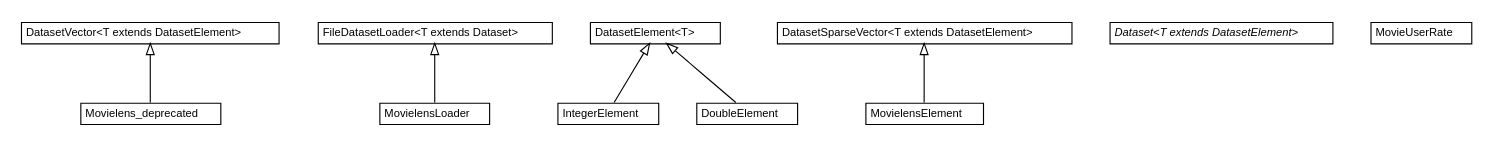
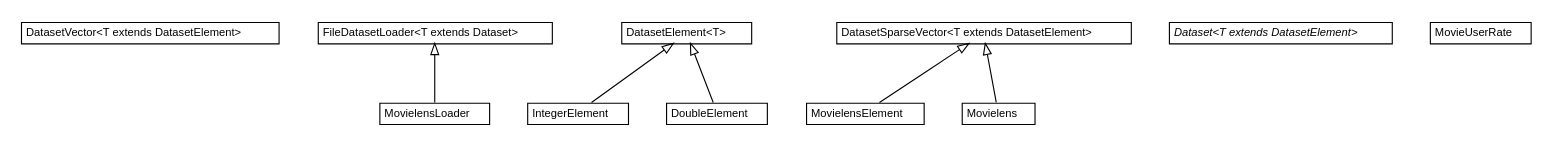
One commit to UnicaLabs-CS/Foresee changed the diagram in docs/it/unica/foresee/datasets/it.unica.foresee.datasets.dot. Above: the diagram before and after it, drawn with Graphviz. The commit also changed 110 other files, not shown here.

Commit message:
Completed movielens support making it a sparse matrix

```diff
--- a/docs/it/unica/foresee/datasets/it.unica.foresee.datasets.dot
+++ b/docs/it/unica/foresee/datasets/it.unica.foresee.datasets.dot
@@ -1,88 +1,88 @@
 #!/usr/local/bin/dot
 #
 # Class diagram 
 # Generated by UMLGraph version 5.2 (http://www.umlgraph.org/)
 #
 
 digraph G {
 	edge [fontname="Helvetica",fontsize=10,labelfontname="Helvetica",labelfontsize=10];
 	node [fontname="Helvetica",fontsize=10,shape=plaintext];
 	nodesep=0.25;
 	ranksep=0.5;
 	// it.unica.foresee.datasets.DatasetVector<T extends it.unica.foresee.datasets.interfaces.DatasetElement>
 	c87 [label=<<table title="it.unica.foresee.datasets.DatasetVector" border="0" cellborder="1" cellspacing="0" cellpadding="2" port="p" href="./DatasetVector.html">
 		<tr><td><table border="0" cellspacing="0" cellpadding="1">
 <tr><td align="center" balign="center"> DatasetVector&lt;T extends DatasetElement&gt; </td></tr>
 		</table></td></tr>
 		</table>>, fontname="Helvetica", fontcolor="black", fontsize=10.0];
 	// it.unica.foresee.datasets.MovielensLoader
 	c88 [label=<<table title="it.unica.foresee.datasets.MovielensLoader" border="0" cellborder="1" cellspacing="0" cellpadding="2" port="p" href="./MovielensLoader.html">
 		<tr><td><table border="0" cellspacing="0" cellpadding="1">
 <tr><td align="center" balign="center"> MovielensLoader </td></tr>
 		</table></td></tr>
 		</table>>, fontname="Helvetica", fontcolor="black", fontsize=10.0];
 	// it.unica.foresee.datasets.DatasetElement<T>
 	c89 [label=<<table title="it.unica.foresee.datasets.DatasetElement" border="0" cellborder="1" cellspacing="0" cellpadding="2" port="p" href="./DatasetElement.html">
 		<tr><td><table border="0" cellspacing="0" cellpadding="1">
 <tr><td align="center" balign="center"> DatasetElement&lt;T&gt; </td></tr>
 		</table></td></tr>
 		</table>>, fontname="Helvetica", fontcolor="black", fontsize=10.0];
 	// it.unica.foresee.datasets.FileDatasetLoader<T extends it.unica.foresee.datasets.interfaces.Dataset>
 	c90 [label=<<table title="it.unica.foresee.datasets.FileDatasetLoader" border="0" cellborder="1" cellspacing="0" cellpadding="2" port="p" href="./FileDatasetLoader.html">
 		<tr><td><table border="0" cellspacing="0" cellpadding="1">
 <tr><td align="center" balign="center"> FileDatasetLoader&lt;T extends Dataset&gt; </td></tr>
 		</table></td></tr>
 		</table>>, fontname="Helvetica", fontcolor="black", fontsize=10.0];
-	// it.unica.foresee.datasets.Movielens_deprecated
-	c91 [label=<<table title="it.unica.foresee.datasets.Movielens_deprecated" border="0" cellborder="1" cellspacing="0" cellpadding="2" port="p" href="./Movielens_deprecated.html">
-		<tr><td><table border="0" cellspacing="0" cellpadding="1">
-<tr><td align="center" balign="center"> Movielens_deprecated </td></tr>
-		</table></td></tr>
-		</table>>, fontname="Helvetica", fontcolor="black", fontsize=10.0];
-	// it.unica.foresee.datasets.DatasetSparseVector<T extends it.unica.foresee.datasets.DatasetElement>
-	c92 [label=<<table title="it.unica.foresee.datasets.DatasetSparseVector" border="0" cellborder="1" cellspacing="0" cellpadding="2" port="p" href="./DatasetSparseVector.html">
+	// it.unica.foresee.datasets.DatasetSparseVector<T extends it.unica.foresee.datasets.interfaces.DatasetElement>
+	c91 [label=<<table title="it.unica.foresee.datasets.DatasetSparseVector" border="0" cellborder="1" cellspacing="0" cellpadding="2" port="p" href="./DatasetSparseVector.html">
 		<tr><td><table border="0" cellspacing="0" cellpadding="1">
 <tr><td align="center" balign="center"> DatasetSparseVector&lt;T extends DatasetElement&gt; </td></tr>
 		</table></td></tr>
 		</table>>, fontname="Helvetica", fontcolor="black", fontsize=10.0];
 	// it.unica.foresee.datasets.Dataset<T extends it.unica.foresee.datasets.interfaces.DatasetElement>
-	c93 [label=<<table title="it.unica.foresee.datasets.Dataset" border="0" cellborder="1" cellspacing="0" cellpadding="2" port="p" href="./Dataset.html">
+	c92 [label=<<table title="it.unica.foresee.datasets.Dataset" border="0" cellborder="1" cellspacing="0" cellpadding="2" port="p" href="./Dataset.html">
 		<tr><td><table border="0" cellspacing="0" cellpadding="1">
 <tr><td align="center" balign="center"><font face="Helvetica-Oblique"> Dataset&lt;T extends DatasetElement&gt; </font></td></tr>
 		</table></td></tr>
 		</table>>, fontname="Helvetica", fontcolor="black", fontsize=10.0];
 	// it.unica.foresee.datasets.MovielensElement
-	c94 [label=<<table title="it.unica.foresee.datasets.MovielensElement" border="0" cellborder="1" cellspacing="0" cellpadding="2" port="p" href="./MovielensElement.html">
+	c93 [label=<<table title="it.unica.foresee.datasets.MovielensElement" border="0" cellborder="1" cellspacing="0" cellpadding="2" port="p" href="./MovielensElement.html">
 		<tr><td><table border="0" cellspacing="0" cellpadding="1">
 <tr><td align="center" balign="center"> MovielensElement </td></tr>
 		</table></td></tr>
 		</table>>, fontname="Helvetica", fontcolor="black", fontsize=10.0];
 	// it.unica.foresee.datasets.MovieUserRate
-	c95 [label=<<table title="it.unica.foresee.datasets.MovieUserRate" border="0" cellborder="1" cellspacing="0" cellpadding="2" port="p" href="./MovieUserRate.html">
+	c94 [label=<<table title="it.unica.foresee.datasets.MovieUserRate" border="0" cellborder="1" cellspacing="0" cellpadding="2" port="p" href="./MovieUserRate.html">
 		<tr><td><table border="0" cellspacing="0" cellpadding="1">
 <tr><td align="center" balign="center"> MovieUserRate </td></tr>
+		</table></td></tr>
+		</table>>, fontname="Helvetica", fontcolor="black", fontsize=10.0];
+	// it.unica.foresee.datasets.Movielens
+	c95 [label=<<table title="it.unica.foresee.datasets.Movielens" border="0" cellborder="1" cellspacing="0" cellpadding="2" port="p" href="./Movielens.html">
+		<tr><td><table border="0" cellspacing="0" cellpadding="1">
+<tr><td align="center" balign="center"> Movielens </td></tr>
 		</table></td></tr>
 		</table>>, fontname="Helvetica", fontcolor="black", fontsize=10.0];
 	// it.unica.foresee.datasets.IntegerElement
 	c96 [label=<<table title="it.unica.foresee.datasets.IntegerElement" border="0" cellborder="1" cellspacing="0" cellpadding="2" port="p" href="./IntegerElement.html">
 		<tr><td><table border="0" cellspacing="0" cellpadding="1">
 <tr><td align="center" balign="center"> IntegerElement </td></tr>
 		</table></td></tr>
 		</table>>, fontname="Helvetica", fontcolor="black", fontsize=10.0];
 	// it.unica.foresee.datasets.DoubleElement
 	c97 [label=<<table title="it.unica.foresee.datasets.DoubleElement" border="0" cellborder="1" cellspacing="0" cellpadding="2" port="p" href="./DoubleElement.html">
 		<tr><td><table border="0" cellspacing="0" cellpadding="1">
 <tr><td align="center" balign="center"> DoubleElement </td></tr>
 		</table></td></tr>
 		</table>>, fontname="Helvetica", fontcolor="black", fontsize=10.0];
 	//it.unica.foresee.datasets.MovielensLoader extends it.unica.foresee.datasets.FileDatasetLoader
 	c90:p -> c88:p [dir=back,arrowtail=empty];
-	//it.unica.foresee.datasets.Movielens_deprecated extends it.unica.foresee.datasets.DatasetVector<it.unica.foresee.datasets.MovielensElement>
-	c87:p -> c91:p [dir=back,arrowtail=empty];
 	//it.unica.foresee.datasets.MovielensElement extends it.unica.foresee.datasets.DatasetSparseVector<it.unica.foresee.datasets.IntegerElement>
-	c92:p -> c94:p [dir=back,arrowtail=empty];
+	c91:p -> c93:p [dir=back,arrowtail=empty];
+	//it.unica.foresee.datasets.Movielens extends it.unica.foresee.datasets.DatasetSparseVector<it.unica.foresee.datasets.MovielensElement>
+	c91:p -> c95:p [dir=back,arrowtail=empty];
 	//it.unica.foresee.datasets.IntegerElement extends it.unica.foresee.datasets.DatasetElement<java.lang.Integer>
 	c89:p -> c96:p [dir=back,arrowtail=empty];
 	//it.unica.foresee.datasets.DoubleElement extends it.unica.foresee.datasets.DatasetElement<java.lang.Double>
 	c89:p -> c97:p [dir=back,arrowtail=empty];
 }
```
